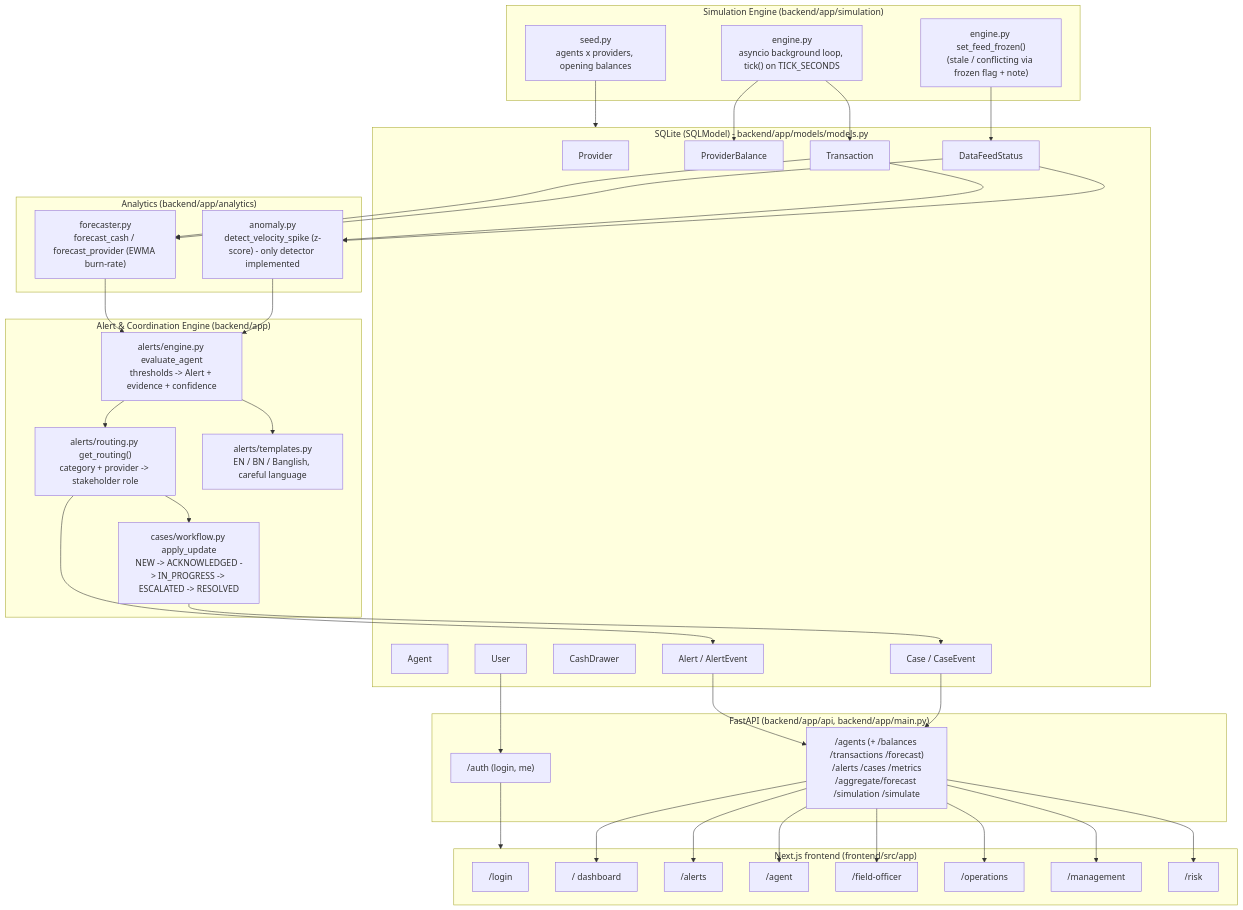
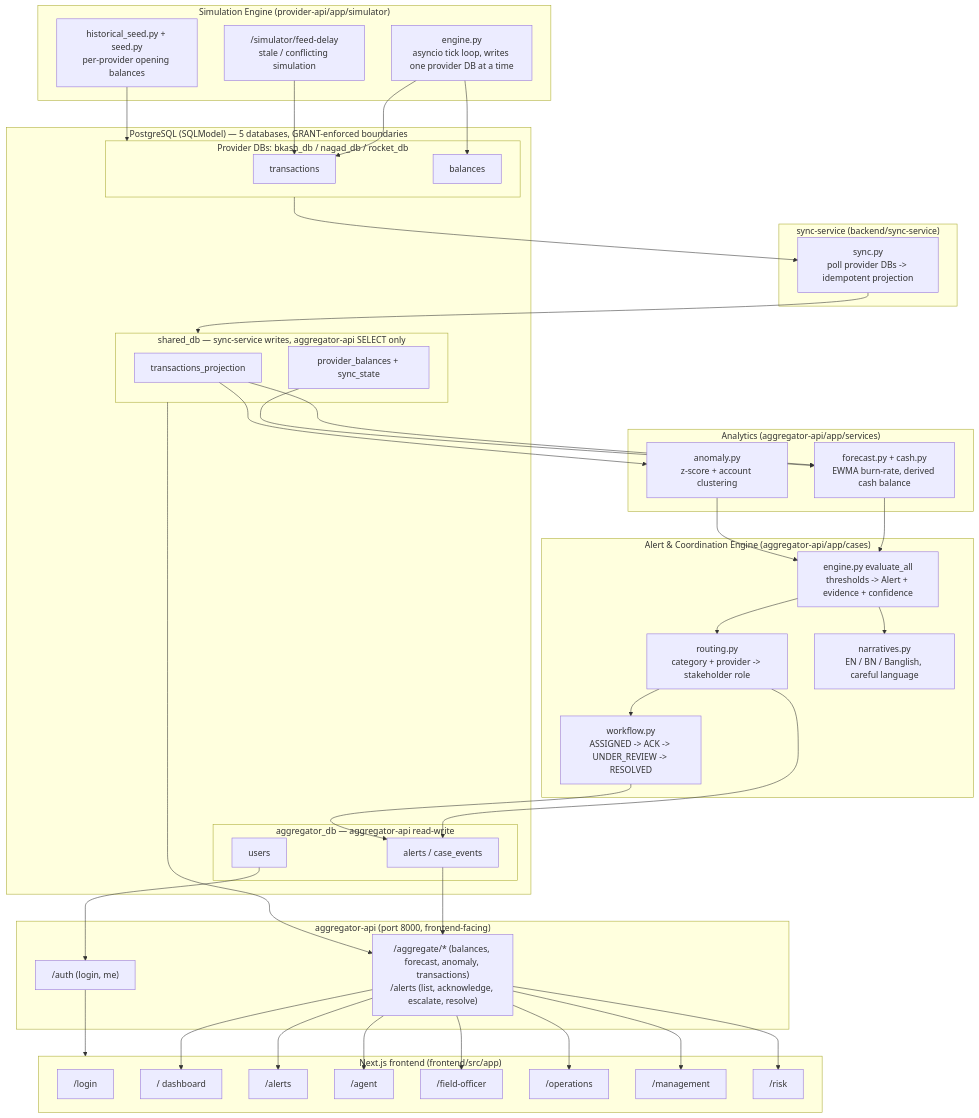
One commit to ayeshamashiat/SUST_Hackathon_Final changed the first of 2 diagrams in README.md. Above: the diagram before and after it, drawn with Mermaid. The commit also changed other lines of this file and 3 other files, not shown here.

````diff
--- a/README.md
+++ b/README.md
@@ -132,73 +132,81 @@
 ```mermaid
 flowchart TB
-    subgraph SIM["Simulation Engine (backend/app/simulation)"]
-        SEED["seed.py<br/>agents x providers, opening balances"]
-        TICK["engine.py<br/>asyncio background loop, tick() on TICK_SECONDS"]
-        DEGRADE["engine.py set_feed_frozen()<br/>(stale / conflicting via frozen flag + note)"]
+    subgraph SIM["Simulation Engine (provider-api/app/simulator)"]
+        SEED["historical_seed.py + seed.py<br/>per-provider opening balances"]
+        TICK["engine.py<br/>asyncio tick loop, writes one provider DB at a time"]
+        DEGRADE["/simulator/feed-delay<br/>stale / conflicting simulation"]
     end
 
-    subgraph DB["SQLite (SQLModel) - backend/app/models/models.py"]
-        T_PROV["Provider"]
-        T_AGENT["Agent"]
-        T_USER["User"]
-        T_CASH["CashDrawer"]
-        T_BAL["ProviderBalance"]
-        T_TX["Transaction"]
-        T_FEED["DataFeedStatus"]
-        T_ALERT["Alert / AlertEvent"]
-        T_CASE["Case / CaseEvent"]
+    subgraph PG["PostgreSQL (SQLModel) — 5 databases, GRANT-enforced boundaries"]
+        subgraph PROV["Provider DBs: bkash_db / nagad_db / rocket_db"]
+            T_TX_P["transactions"]
+            T_BAL_P["balances"]
+        end
+        subgraph SHARED["shared_db — sync-service writes, aggregator-api SELECT only"]
+            T_TX_S["transactions_projection"]
+            T_BAL_S["provider_balances + sync_state"]
+        end
+        subgraph AGG["aggregator_db — aggregator-api read-write"]
+            T_USER["users"]
+            T_ALERT["alerts / case_events"]
+        end
     end
 
-    subgraph ANALYTICS["Analytics (backend/app/analytics)"]
-        FORECAST["forecaster.py<br/>forecast_cash / forecast_provider (EWMA burn-rate)"]
-        DETECT["anomaly.py<br/>detect_velocity_spike (z-score) - only detector implemented"]
+    subgraph SYNC["sync-service (backend/sync-service)"]
+        SYNC_LOOP["sync.py<br/>poll provider DBs -> idempotent projection"]
     end
 
-    subgraph ALERTS["Alert & Coordination Engine (backend/app)"]
-        ENGINE["alerts/engine.py evaluate_agent<br/>thresholds -> Alert + evidence + confidence"]
-        ROUTE["alerts/routing.py get_routing()<br/>category + provider -> stakeholder role"]
-        CASEWF["cases/workflow.py apply_update<br/>NEW -> ACKNOWLEDGED -> IN_PROGRESS -> ESCALATED -> RESOLVED"]
-        NARR["alerts/templates.py<br/>EN / BN / Banglish, careful language"]
+    subgraph ANALYTICS["Analytics (aggregator-api/app/services)"]
+        FORECAST["forecast.py + cash.py<br/>EWMA burn-rate, derived cash balance"]
+        DETECT["anomaly.py<br/>z-score + account clustering"]
     end
 
-    subgraph API["FastAPI (backend/app/api, backend/app/main.py)"]
+    subgraph ALERTS["Alert & Coordination Engine (aggregator-api/app/cases)"]
+        ENGINE["engine.py evaluate_all<br/>thresholds -> Alert + evidence + confidence"]
+        ROUTE["routing.py<br/>category + provider -> stakeholder role"]
+        CASEWF["workflow.py<br/>ASSIGNED -> ACK -> UNDER_REVIEW -> RESOLVED"]
+        NARR["narratives.py<br/>EN / BN / Banglish, careful language"]
+    end
+
+    subgraph API["aggregator-api (port 8000, frontend-facing)"]
         AUTH["/auth (login, me)"]
-        REST["/agents (+ /balances /transactions /forecast)<br/>/alerts /cases /metrics<br/>/aggregate/forecast /simulation /simulate"]
+        REST["/aggregate/* (balances, forecast, anomaly, transactions)<br/>/alerts (list, acknowledge, escalate, resolve)"]
     end
 
     subgraph FE["Next.js frontend (frontend/src/app)"]
         LOGIN["/login"]
         DASH["/ dashboard"]
         AL["/alerts"]
         AGENT["/agent"]
         FO["/field-officer"]
         OPS["/operations"]
         MGMT["/management"]
         RISK["/risk"]
     end
 
-    SEED --> DB
-    TICK --> T_TX
-    TICK --> T_BAL
-    DEGRADE --> T_FEED
-    T_TX --> FORECAST
-    T_TX --> DETECT
-    T_FEED --> FORECAST
-    T_FEED --> DETECT
+    SEED --> PROV
+    TICK --> T_TX_P
+    TICK --> T_BAL_P
+    DEGRADE --> T_TX_P
+    PROV --> SYNC_LOOP
+    SYNC_LOOP --> SHARED
+    T_TX_S --> FORECAST
+    T_TX_S --> DETECT
+    T_BAL_S --> FORECAST
     FORECAST --> ENGINE
     DETECT --> ENGINE
     ENGINE --> ROUTE --> T_ALERT
-    ROUTE --> CASEWF --> T_CASE
+    ROUTE --> CASEWF --> T_ALERT
     ENGINE --> NARR
+    SHARED --> REST
     T_ALERT --> REST
-    T_CASE --> REST
     T_USER --> AUTH
     AUTH --> FE
     REST --> DASH
     REST --> AL
     REST --> AGENT
     REST --> FO
     REST --> OPS
     REST --> MGMT
     REST --> RISK
 ```
````
